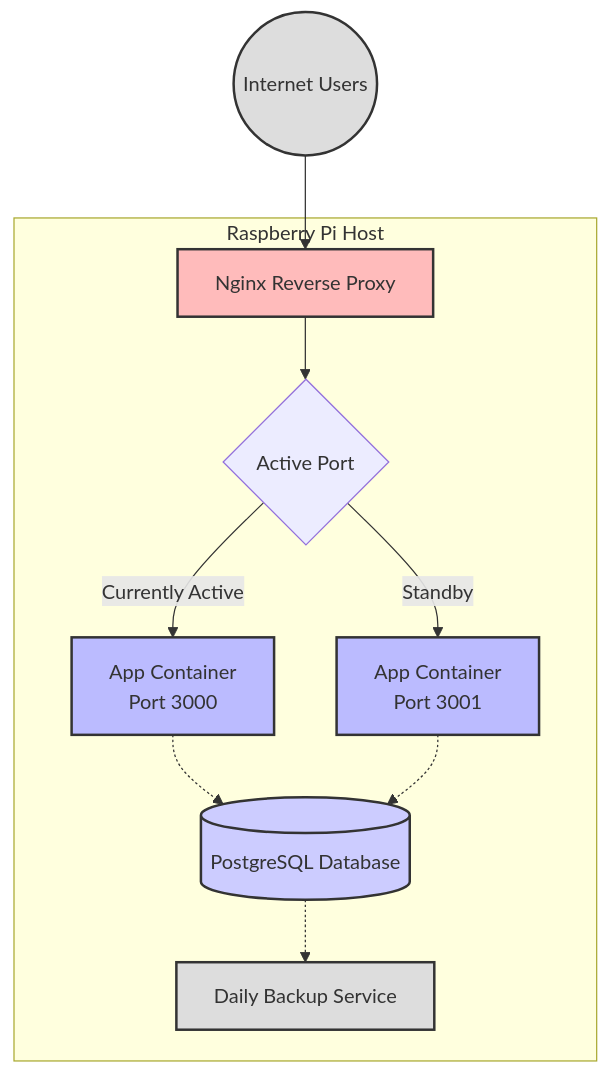
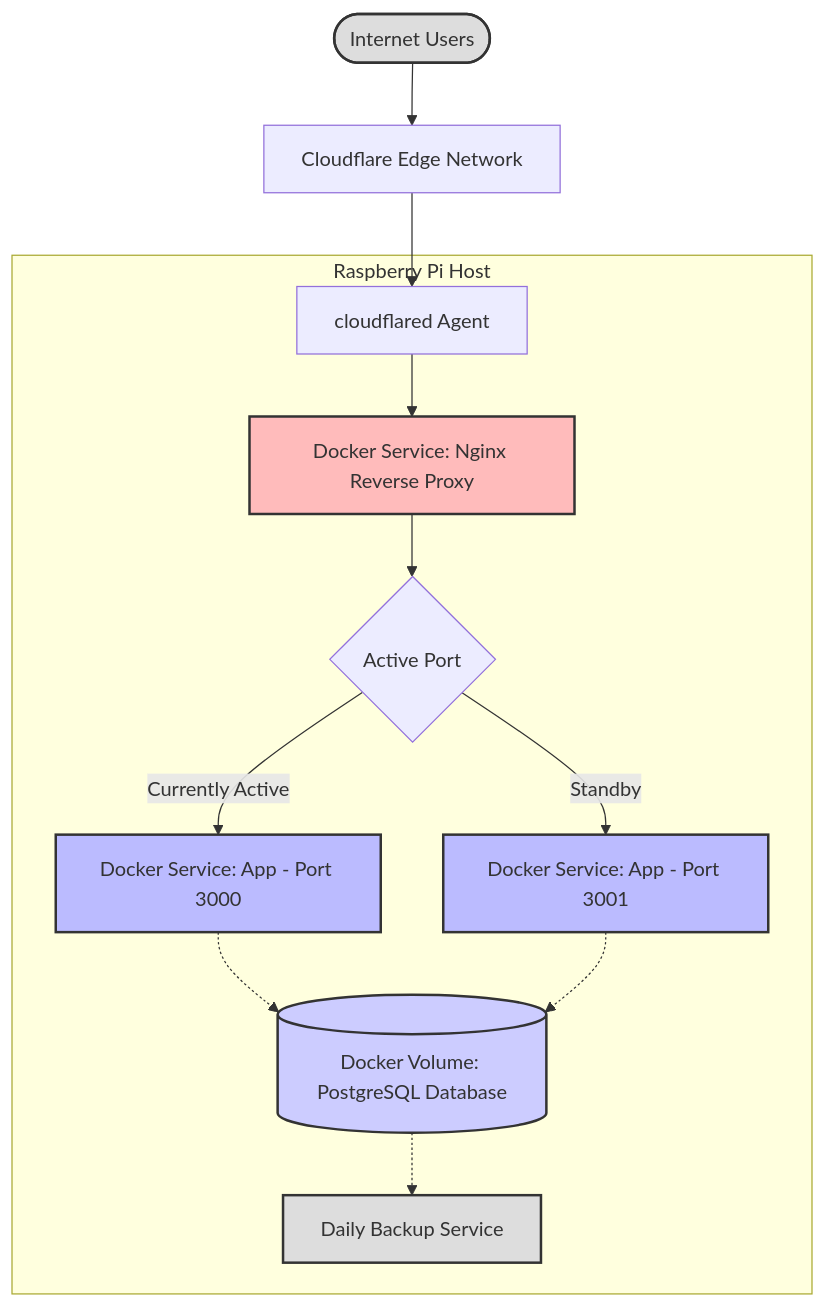
One commit to JRRS1982/balanced changed the third of 3 diagrams in README.md. Above: the diagram before and after it, drawn with Mermaid. The commit also changed 1 other file, not shown here.

Commit message:
BAL15: update cloudflare details

````diff
--- a/README.md
+++ b/README.md
@@ -144,33 +144,36 @@
 ```mermaid
 flowchart TB
     %% Production System Components
+    users([Internet Users]) --> Cloudflare[Cloudflare Edge Network]
+
+    Cloudflare --> cloudflared[cloudflared Agent]
+
     subgraph "Raspberry Pi Host"
-        app_blue[App Container\nPort 3000]
-        app_green[App Container\nPort 3001]
+        cloudflared --> nginx
+        app_blue[Docker Service: App - Port 3000]
+        app_green[Docker Service: App - Port 3001]
 
-        nginx[Nginx Reverse Proxy] --> active{Active Port}
+        nginx[Docker Service: Nginx Reverse Proxy] --> active{Active Port}
 
         active -->|Currently Active| app_blue
         active -->|Standby| app_green
 
         app_blue -.-> db
         app_green -.-> db
 
-        db[(PostgreSQL Database)]
+        db[(Docker Volume: PostgreSQL Database)]
         backup[Daily Backup Service]
 
         db -.-> backup
     end
-
-    users((Internet Users)) --> nginx
 
     classDef container fill:#bbf,stroke:#333,stroke-width:2px
     classDef database fill:#ccf,stroke:#333,stroke-width:2px
     classDef proxy fill:#fbb,stroke:#333,stroke-width:2px
     classDef external fill:#ddd,stroke:#333,stroke-width:2px
 
     class app_blue,app_green container
     class db database
     class nginx proxy
     class backup,users external
 ```
````
